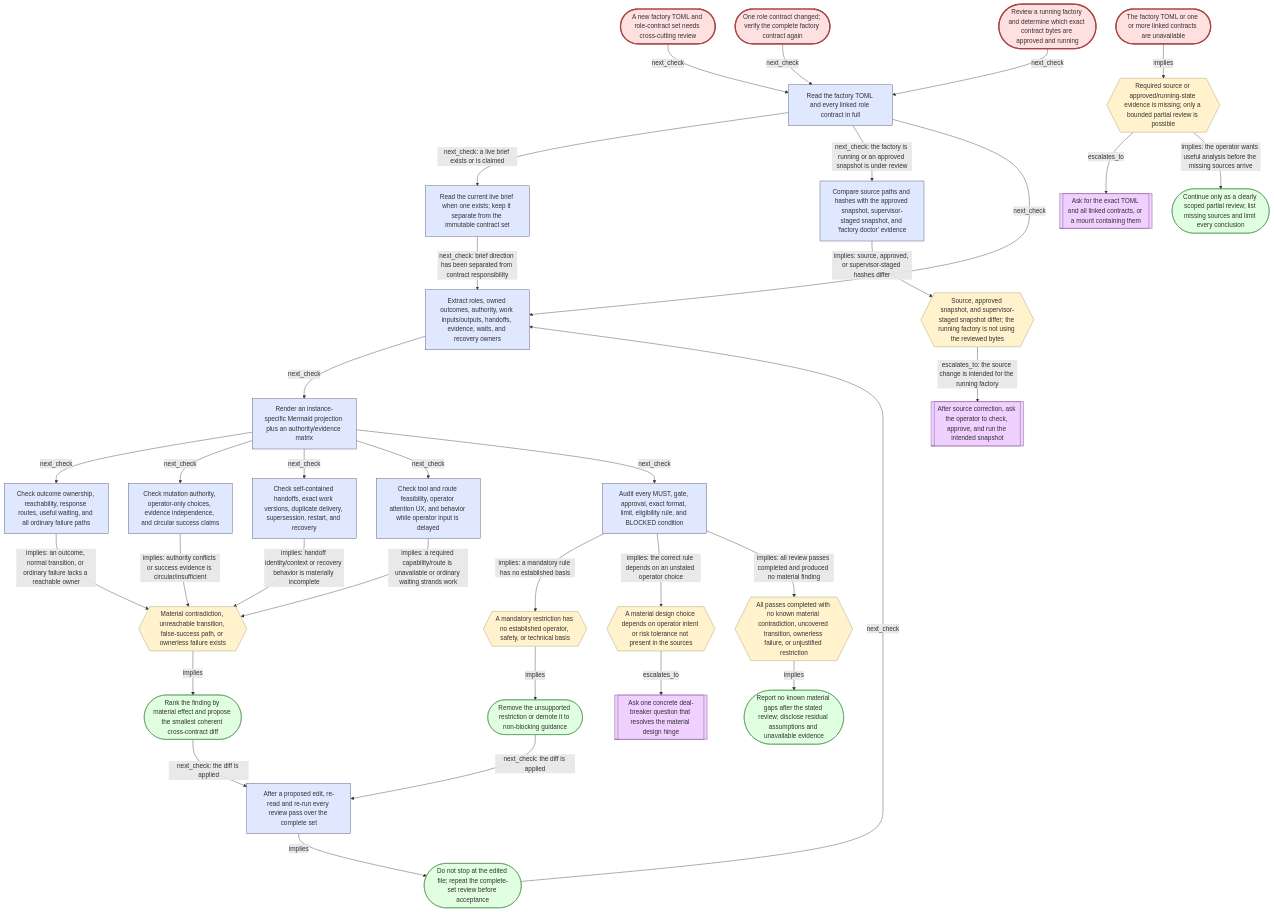
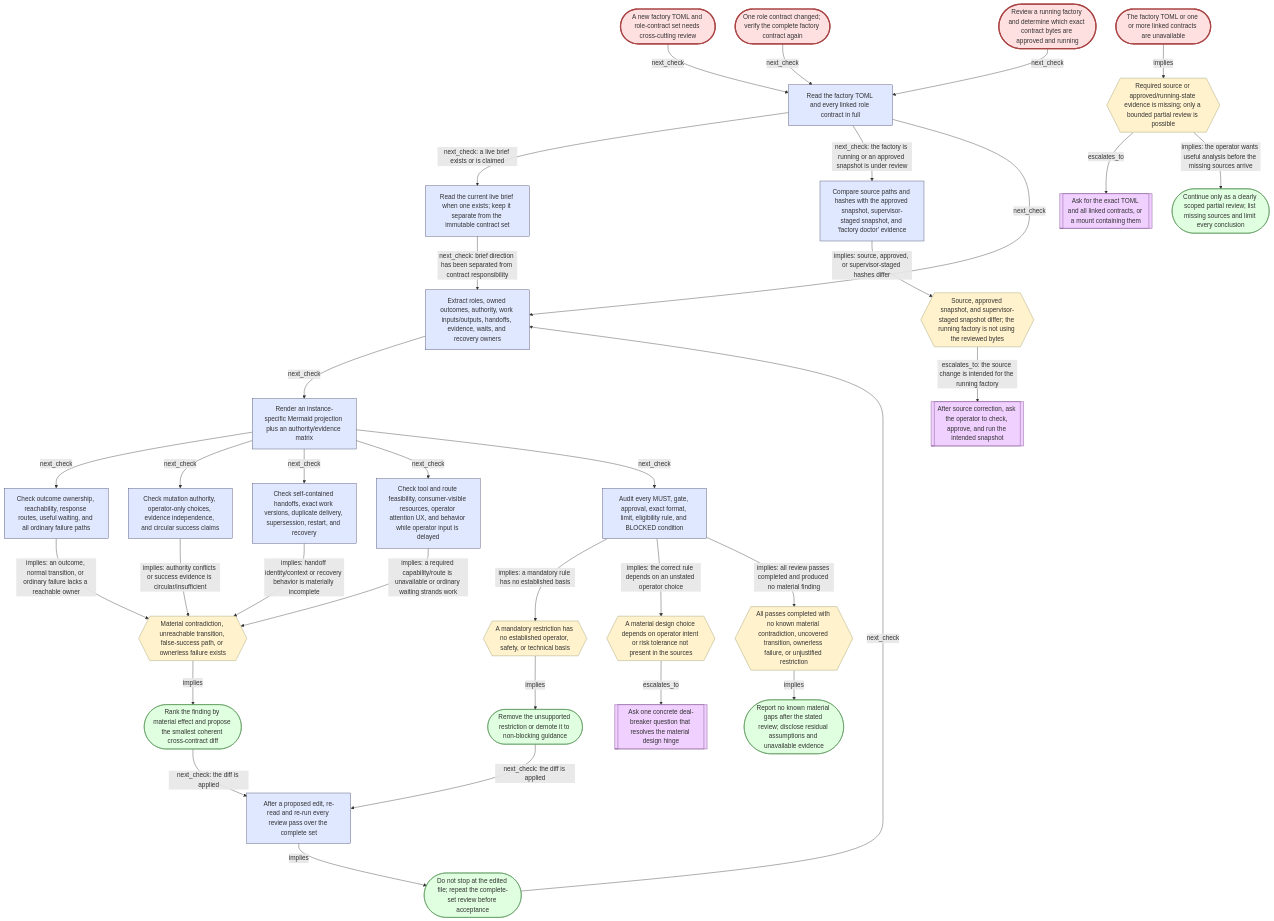
One commit to craigbalding/safeyolo changed the diagram in cli/src/safeyolo/agent_context/skills/safeyolo-factory/references/graph/contract-review.mmd. Above: the diagram before and after it, drawn with Mermaid. The commit also changed 56 other files, not shown here.

```diff
--- a/cli/src/safeyolo/agent_context/skills/safeyolo-factory/references/graph/contract-review.mmd
+++ b/cli/src/safeyolo/agent_context/skills/safeyolo-factory/references/graph/contract-review.mmd
@@ -1,108 +1,108 @@
 flowchart TD
     %% Auto-generated by scripts/render_skill_graph.py -- do not edit.
 
     classDef symptom fill:#ffe0e0,stroke:#a44
     classDef evidence fill:#e0e8ff,stroke:#446
     classDef classification fill:#fff2cc,stroke:#996
     classDef conclusion fill:#e0ffe0,stroke:#484
     classDef operator_ask fill:#f0d0ff,stroke:#748
 
     sym.review_new_contract_set(["A new factory TOML and role-contract set needs cross-cutting review"])
     sym.review_revised_contract(["One role contract changed; verify the complete factory contract again"])
     sym.review_running_factory(["Review a running factory and determine which exact contract bytes are approved and running"])
     sym.review_partial_sources(["The factory TOML or one or more linked contracts are unavailable"])
     ev.review_load_exact_set["Read the factory TOML and every linked role contract in full"]
     ev.review_load_live_brief["Read the current live brief when one exists; keep it separate from the immutable contract set"]
     ev.review_compare_snapshot["Compare source paths and hashes with the approved snapshot, supervisor-staged snapshot, and 'factory doctor' evidence"]
     ev.review_extract_model["Extract roles, owned outcomes, authority, work inputs/outputs, handoffs, evidence, waits, and recovery owners"]
     ev.review_render_projection["Render an instance-specific Mermaid projection plus an authority/evidence matrix"]
     ev.review_outcome_liveness["Check outcome ownership, reachability, response routes, useful waiting, and all ordinary failure paths"]
     ev.review_authority_evidence["Check mutation authority, operator-only choices, evidence independence, and circular success claims"]
     ev.review_handoff_recovery["Check self-contained handoffs, exact work versions, duplicate delivery, supersession, restart, and recovery"]
-    ev.review_runtime_operator["Check tool and route feasibility, operator attention UX, and behavior while operator input is delayed"]
+    ev.review_runtime_operator["Check tool and route feasibility, consumer-visible resources, operator attention UX, and behavior while operator input is delayed"]
     ev.review_restriction_basis["Audit every MUST, gate, approval, exact format, limit, eligibility rule, and BLOCKED condition"]
     ev.review_reread_complete_set["After a proposed edit, re-read and re-run every review pass over the complete set"]
     cls.review_incomplete{{"Required source or approved/running-state evidence is missing; only a bounded partial review is possible"}}
     cls.review_source_snapshot_drift{{"Source, approved snapshot, and supervisor-staged snapshot differ; the running factory is not using the reviewed bytes"}}
     cls.review_material_gap{{"Material contradiction, unreachable transition, false-success path, or ownerless failure exists"}}
     cls.review_unjustified_restriction{{"A mandatory restriction has no established operator, safety, or technical basis"}}
     cls.review_operator_hinge{{"A material design choice depends on operator intent or risk tolerance not present in the sources"}}
     cls.review_no_known_material_gap{{"All passes completed with no known material contradiction, uncovered transition, ownerless failure, or unjustified restriction"}}
     con.review_state_partial_scope(["Continue only as a clearly scoped partial review; list missing sources and limit every conclusion"])
     con.review_rank_smallest_diff(["Rank the finding by material effect and propose the smallest coherent cross-contract diff"])
     con.review_remove_or_demote(["Remove the unsupported restriction or demote it to non-blocking guidance"])
     con.review_report_bounded_result(["Report no known material gaps after the stated review; disclose residual assumptions and unavailable evidence"])
     con.review_repeat_complete_review(["Do not stop at the edited file; repeat the complete-set review before acceptance"])
     ask.review_provide_sources[["Ask for the exact TOML and all linked contracts, or a mount containing them"]]
     ask.review_resolve_hinge[["Ask one concrete deal-breaker question that resolves the material design hinge"]]
     ask.review_approve_and_run_snapshot[["After source correction, ask the operator to check, approve, and run the intended snapshot"]]
 
     sym.review_new_contract_set -->|"next_check"| ev.review_load_exact_set
     sym.review_revised_contract -->|"next_check"| ev.review_load_exact_set
     sym.review_running_factory -->|"next_check"| ev.review_load_exact_set
     sym.review_partial_sources -->|"implies"| cls.review_incomplete
     cls.review_incomplete -->|"escalates_to"| ask.review_provide_sources
     cls.review_incomplete -->|"implies: the operator wants useful analysis before the missing sources arrive"| con.review_state_partial_scope
     ev.review_load_exact_set -->|"next_check: a live brief exists or is claimed"| ev.review_load_live_brief
     ev.review_load_exact_set -->|"next_check: the factory is running or an approved snapshot is under review"| ev.review_compare_snapshot
     ev.review_load_live_brief -->|"next_check: brief direction has been separated from contract responsibility"| ev.review_extract_model
     ev.review_compare_snapshot -->|"implies: source, approved, or supervisor-staged hashes differ"| cls.review_source_snapshot_drift
     cls.review_source_snapshot_drift -->|"escalates_to: the source change is intended for the running factory"| ask.review_approve_and_run_snapshot
     ev.review_load_exact_set -->|"next_check"| ev.review_extract_model
     ev.review_extract_model -->|"next_check"| ev.review_render_projection
     ev.review_render_projection -->|"next_check"| ev.review_outcome_liveness
     ev.review_render_projection -->|"next_check"| ev.review_authority_evidence
     ev.review_render_projection -->|"next_check"| ev.review_handoff_recovery
     ev.review_render_projection -->|"next_check"| ev.review_runtime_operator
     ev.review_render_projection -->|"next_check"| ev.review_restriction_basis
     ev.review_outcome_liveness -->|"implies: an outcome, normal transition, or ordinary failure lacks a reachable owner"| cls.review_material_gap
     ev.review_authority_evidence -->|"implies: authority conflicts or success evidence is circular/insufficient"| cls.review_material_gap
     ev.review_handoff_recovery -->|"implies: handoff identity/context or recovery behavior is materially incomplete"| cls.review_material_gap
     ev.review_runtime_operator -->|"implies: a required capability/route is unavailable or ordinary waiting strands work"| cls.review_material_gap
     ev.review_restriction_basis -->|"implies: a mandatory rule has no established basis"| cls.review_unjustified_restriction
     ev.review_restriction_basis -->|"implies: the correct rule depends on an unstated operator choice"| cls.review_operator_hinge
     cls.review_material_gap -->|"implies"| con.review_rank_smallest_diff
     cls.review_unjustified_restriction -->|"implies"| con.review_remove_or_demote
     cls.review_operator_hinge -->|"escalates_to"| ask.review_resolve_hinge
     con.review_rank_smallest_diff -->|"next_check: the diff is applied"| ev.review_reread_complete_set
     con.review_remove_or_demote -->|"next_check: the diff is applied"| ev.review_reread_complete_set
     ev.review_reread_complete_set -->|"implies"| con.review_repeat_complete_review
     con.review_repeat_complete_review -->|"next_check"| ev.review_extract_model
     ev.review_restriction_basis -->|"implies: all review passes completed and produced no material finding"| cls.review_no_known_material_gap
     cls.review_no_known_material_gap -->|"implies"| con.review_report_bounded_result
 
     class sym.review_new_contract_set symptom
     class sym.review_revised_contract symptom
     class sym.review_running_factory symptom
     class sym.review_partial_sources symptom
     class ev.review_load_exact_set evidence
     class ev.review_load_live_brief evidence
     class ev.review_compare_snapshot evidence
     class ev.review_extract_model evidence
     class ev.review_render_projection evidence
     class ev.review_outcome_liveness evidence
     class ev.review_authority_evidence evidence
     class ev.review_handoff_recovery evidence
     class ev.review_runtime_operator evidence
     class ev.review_restriction_basis evidence
     class ev.review_reread_complete_set evidence
     class cls.review_incomplete classification
     class cls.review_source_snapshot_drift classification
     class cls.review_material_gap classification
     class cls.review_unjustified_restriction classification
     class cls.review_operator_hinge classification
     class cls.review_no_known_material_gap classification
     class con.review_state_partial_scope conclusion
     class con.review_rank_smallest_diff conclusion
     class con.review_remove_or_demote conclusion
     class con.review_report_bounded_result conclusion
     class con.review_repeat_complete_review conclusion
     class ask.review_provide_sources operator_ask
     class ask.review_resolve_hinge operator_ask
     class ask.review_approve_and_run_snapshot operator_ask
 
     %% Entry symptoms (bind an observed symptom here)
     style sym.review_new_contract_set stroke-width:3px
     style sym.review_revised_contract stroke-width:3px
     style sym.review_running_factory stroke-width:3px
     style sym.review_partial_sources stroke-width:3px
```
